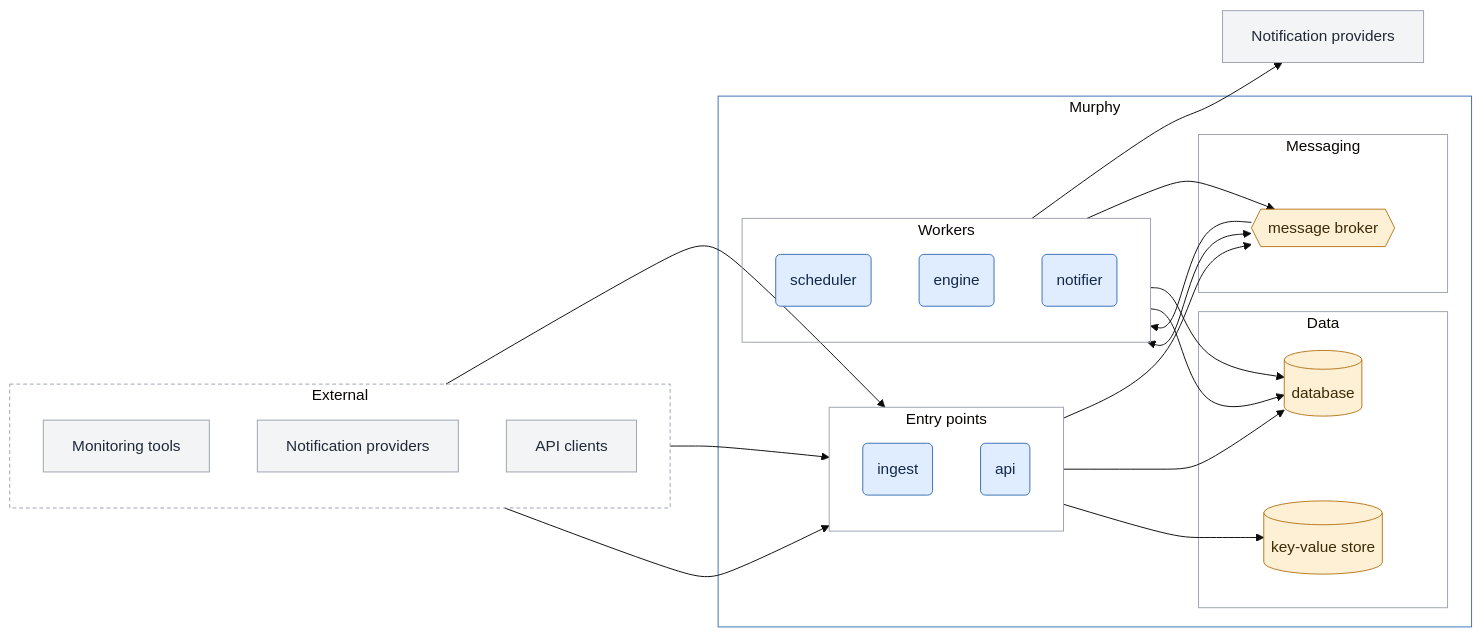
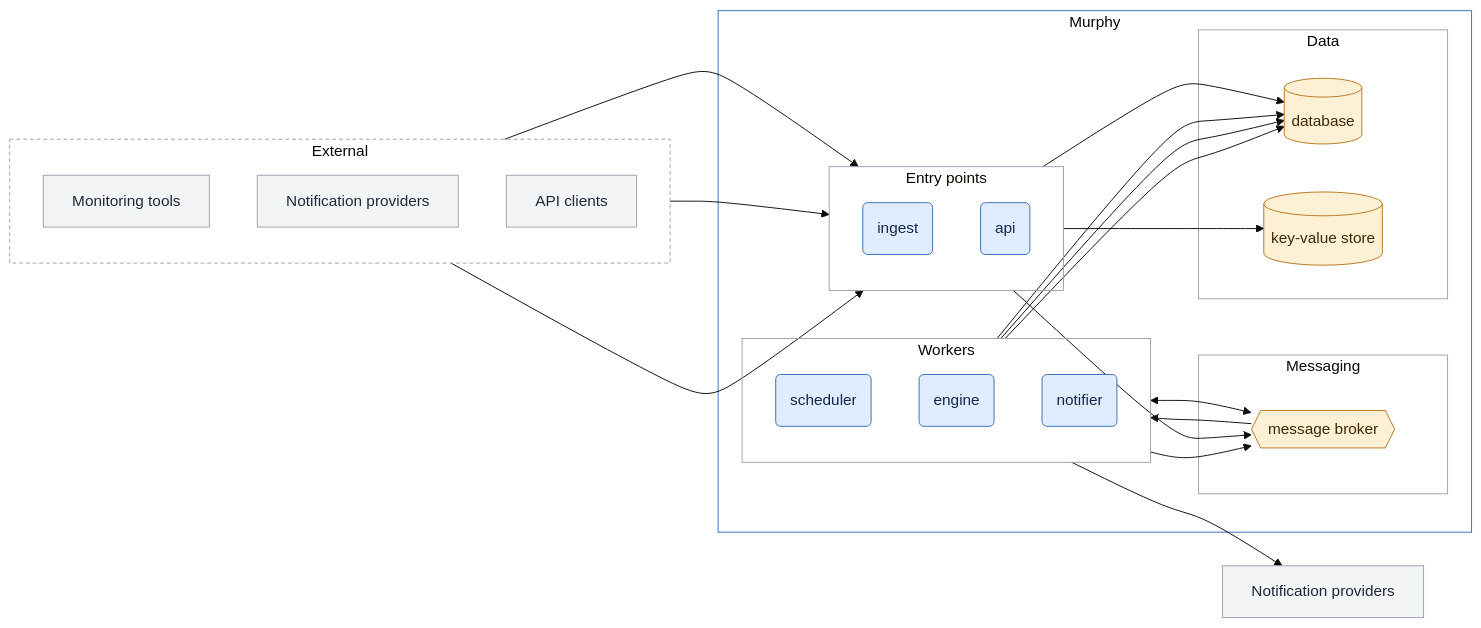
One commit to murphyhq/server changed the first of 5 diagrams in docs/architecture.md. Above: the diagram before and after it, drawn with Mermaid (base theme). The commit also changed other lines of this file and 101 other files, not shown here.

````diff
--- a/docs/architecture.md
+++ b/docs/architecture.md
@@ -5,64 +7,65 @@
 ```mermaid
 flowchart LR
   subgraph external [External]
     direction TB
     mon[Monitoring tools]
     providers_in[Notification providers]
     clients[API clients]
   end
 
   subgraph murphy [Murphy]
     subgraph entry [Entry points]
       direction TB
       ingest(ingest)
       api(api)
     end
 
     subgraph workers [Workers]
       direction TB
       scheduler(scheduler)
       engine(engine)
       notifier(notifier)
     end
 
     subgraph messaging [Messaging]
       broker{{message broker}}
     end
 
     subgraph data [Data]
       db[(database)]
       kv[(key-value store)]
     end
   end
 
   providers_out[Notification providers]
 
   mon --> ingest
   providers_in --> ingest
   clients --> api
   notifier --> providers_out
 
   ingest --> broker
   scheduler --> broker
   broker --> engine
   broker <--> notifier
 
   api --> db
   api --> kv
   engine --> db
   scheduler --> db
+  notifier --> db
 
   classDef outside fill:#f3f4f6,stroke:#9ca3af,color:#1f2937
   classDef component fill:#e0ecff,stroke:#3b6fb6,color:#13294b
   classDef infra fill:#fdf0d5,stroke:#b7791f,color:#3d2a06
   class mon,providers_in,clients,providers_out outside
   class ingest,api,scheduler,engine,notifier component
   class broker,db,kv infra
 
   style external fill:none,stroke:#9ca3af,stroke-dasharray:4 3
   style murphy fill:none,stroke:#3b6fb6
   style entry fill:none,stroke:#9ca3af
   style workers fill:none,stroke:#9ca3af
   style messaging fill:none,stroke:#9ca3af
   style data fill:none,stroke:#9ca3af
 ```
````
